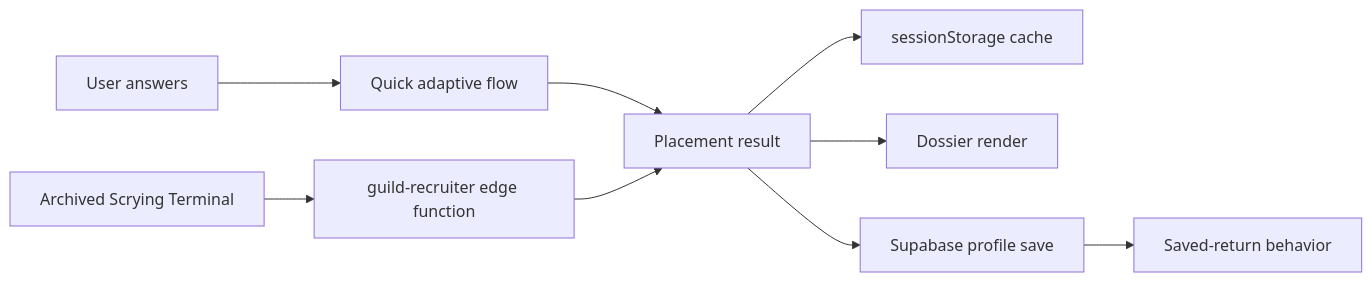
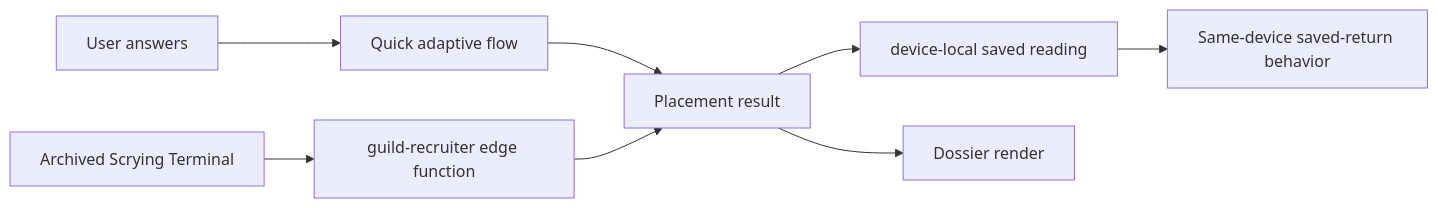
One commit to rboles84/mtgSiteWIP changed the diagram in docs/architecture/data-flow-map.md. Above: the diagram before and after it, drawn with Mermaid. The commit also changed other lines of this file and 16 other files, not shown here.

Commit message:
feat(vm-016): add device-local reading return

````diff
--- a/docs/architecture/data-flow-map.md
+++ b/docs/architecture/data-flow-map.md
@@ -47,11 +46,10 @@
 ```mermaid
 flowchart LR
   User["User answers"] --> Quick["Quick adaptive flow"]
   Quick --> Result["Placement result"]
   Interview["Archived Scrying Terminal"] --> Edge["guild-recruiter edge function"]
   Edge --> Result
-  Result --> Cache["sessionStorage cache"]
+  Result --> Cache["device-local saved reading"]
   Result --> Dossier["Dossier render"]
-  Result --> Save["Supabase profile save"]
-  Save --> Resume["Saved-return behavior"]
+  Cache --> Resume["Same-device saved-return behavior"]
 ```
````
